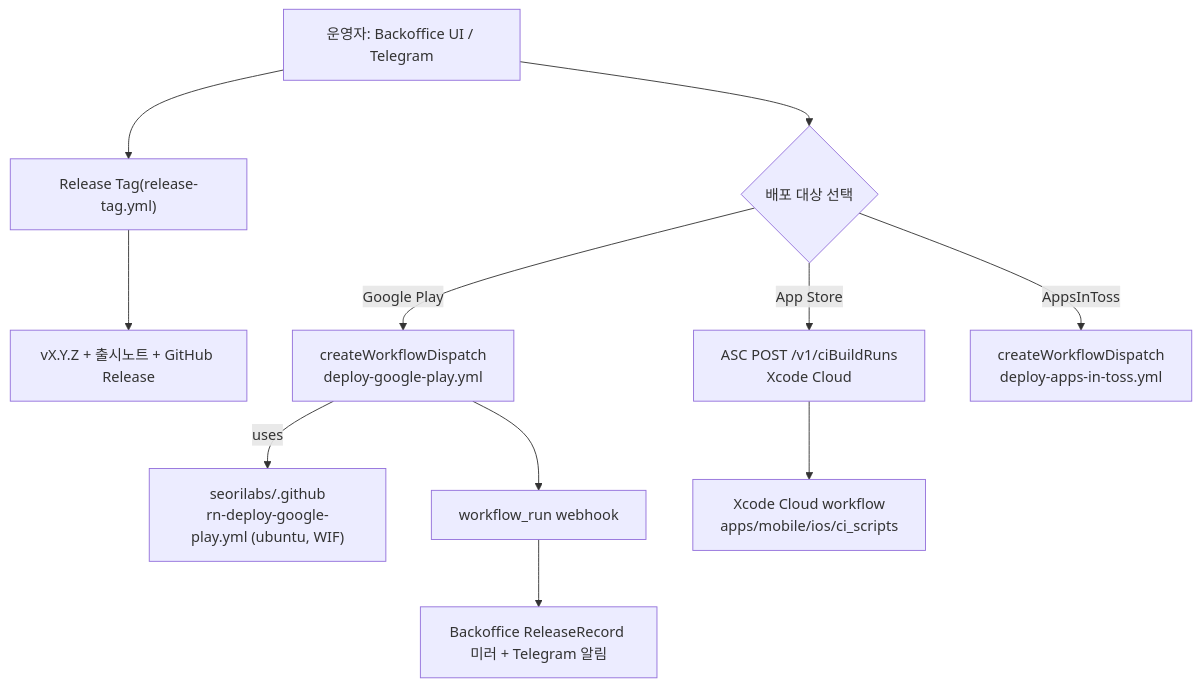
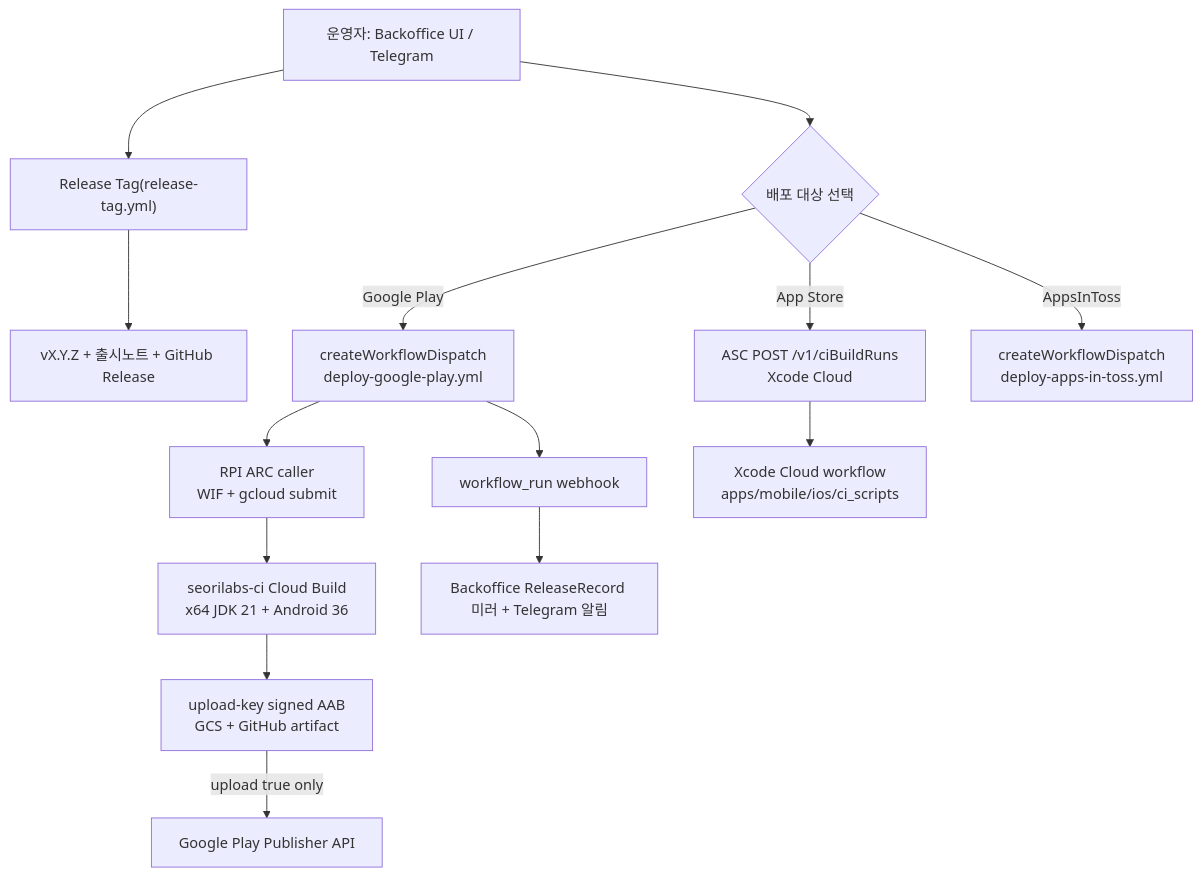
Before and after one commit to seorilabs/babycare: the diagram in docs/06-release/store-upload-setup.md, drawn with Mermaid. The commit also changed other lines of this file and 16 other files, not shown here.

First line of the commit message:
Android release 빌드를 Cloud Build로 이관한다 (#68)

````diff
--- a/docs/06-release/store-upload-setup.md
+++ b/docs/06-release/store-upload-setup.md
@@ -15,13 +15,16 @@
 ```mermaid
 flowchart TD
   U["운영자: Backoffice UI / Telegram"] --> RT["Release Tag(release-tag.yml)"]
   RT --> TAG["vX.Y.Z + 출시노트 + GitHub Release"]
   U --> SEL{"배포 대상 선택"}
   SEL -->|"Google Play"| GP["createWorkflowDispatch<br/>deploy-google-play.yml"]
   SEL -->|"App Store"| XC["ASC POST /v1/ciBuildRuns<br/>Xcode Cloud"]
   SEL -->|"AppsInToss"| AIT["createWorkflowDispatch<br/>deploy-apps-in-toss.yml"]
-  GP -->|"uses"| ORGGP["seorilabs/.github<br/>rn-deploy-google-play.yml (ubuntu, WIF)"]
+  GP --> RPI["RPI ARC caller<br/>WIF + gcloud submit"]
+  RPI --> CB["seorilabs-ci Cloud Build<br/>x64 JDK 21 + Android 36"]
+  CB --> AAB["upload-key signed AAB<br/>GCS + GitHub artifact"]
+  AAB -->|"upload true only"| PLAY["Google Play Publisher API"]
   XC --> ACLOUD["Xcode Cloud workflow<br/>apps/mobile/ios/ci_scripts"]
   GP --> WH["workflow_run webhook"]
   WH --> MIR["Backoffice ReleaseRecord 미러 + Telegram 알림"]
 ```
````
